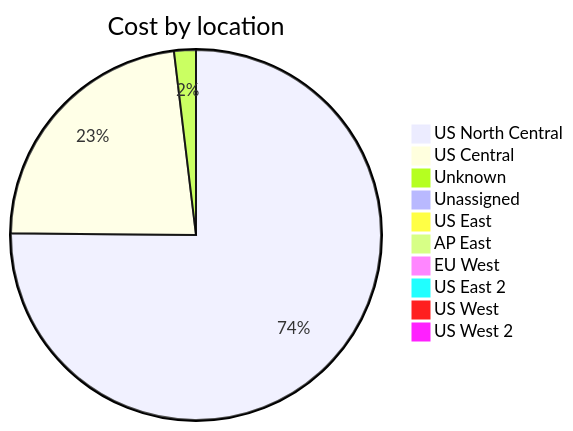
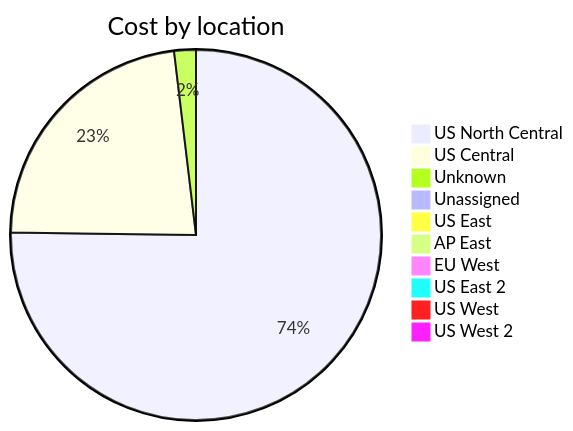
Before and after one commit to jpfulton/azure-personal-reports: the third of 4 diagrams in cost-reports/accumulated-cost.md, drawn with Mermaid. The commit also changed other lines of this file and 4 other files, not shown here.

````diff
--- a/cost-reports/accumulated-cost.md
+++ b/cost-reports/accumulated-cost.md
@@ -130,14 +130,14 @@
 ```mermaid
 pie
    title Cost by location
-   "US North Central" : 36.74
-   "US Central" : 11.22
-   "Unknown" : 0.93
-   "Unassigned" : 0.46
-   "US East" : 0.20
+   "US North Central" : 38.91
+   "US Central" : 11.84
+   "Unknown" : 0.98
+   "Unassigned" : 0.48
+   "US East" : 0.21
    "AP East" : 0.00
    "EU West" : 0.00
    "US East 2" : 0.00
    "US West" : 0.00
    "US West 2" : 0.00
 ```
````
